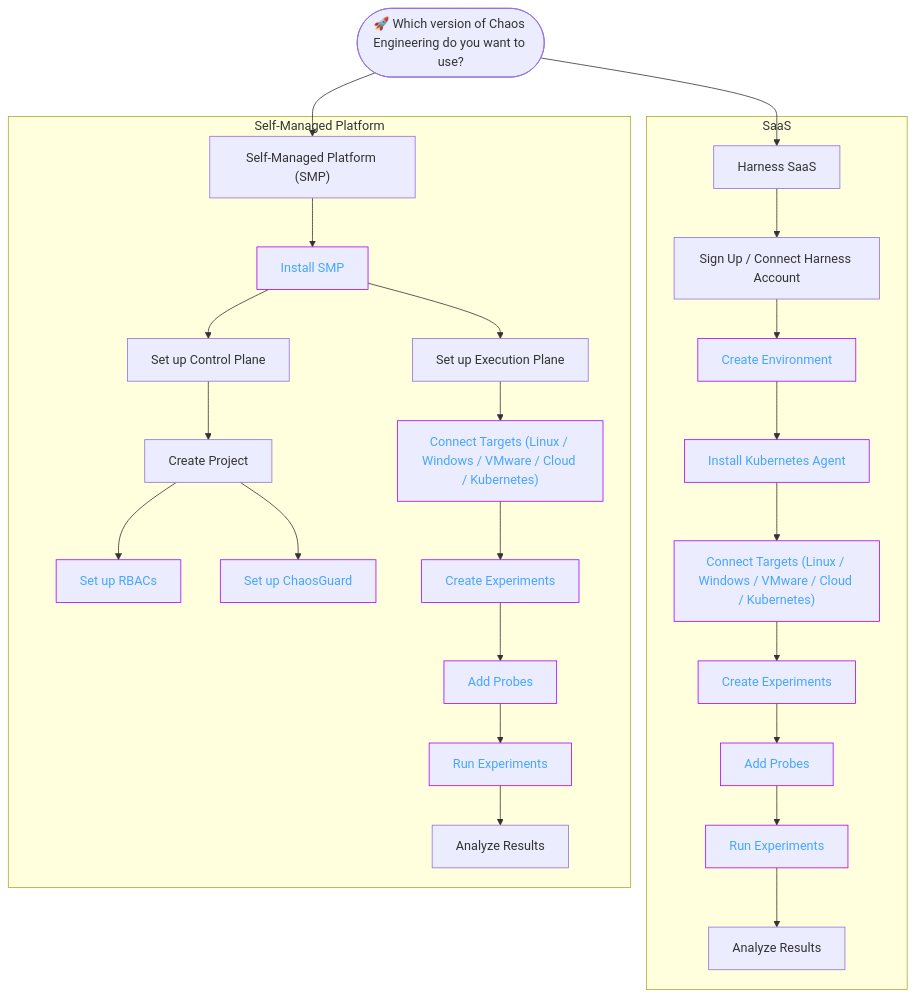
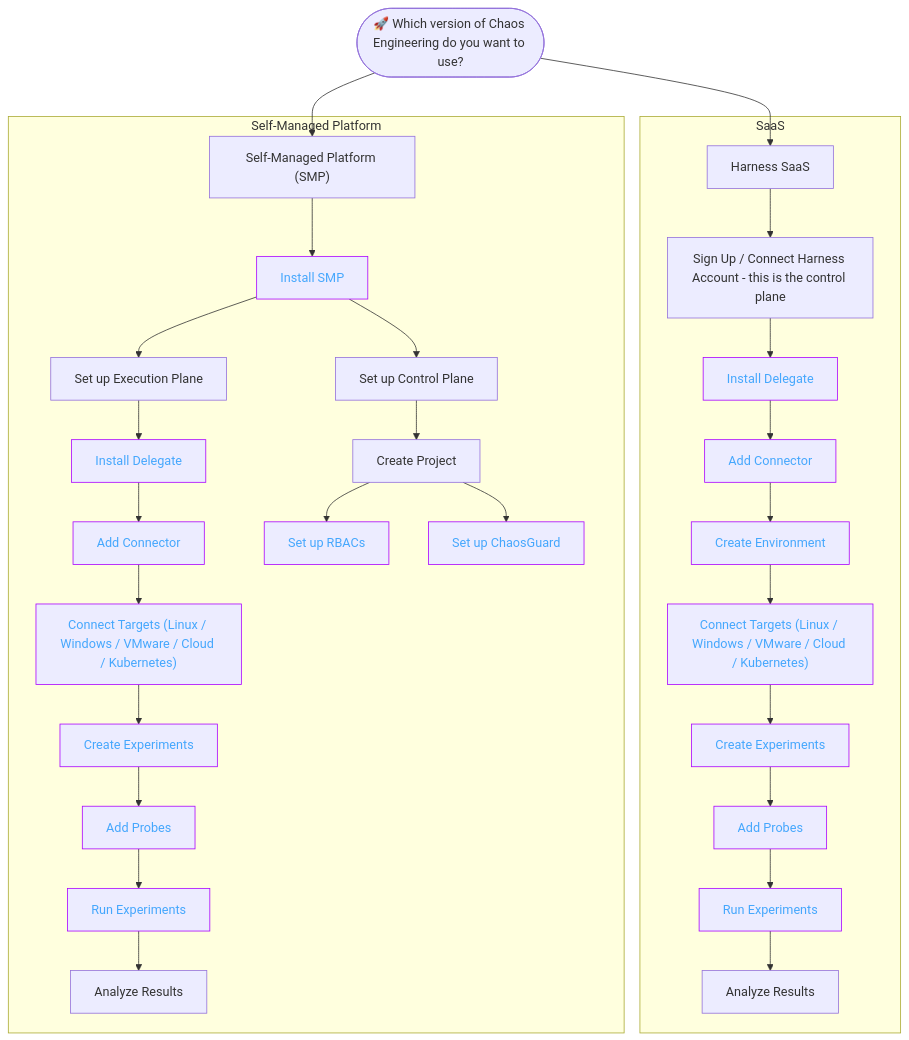
One commit to harness/developer-hub changed the second of 2 diagrams in docs/chaos-engineering/getting-started/user-persona.md. Above: the diagram before and after it, drawn with Mermaid. The commit also changed other lines of this file, not shown here.

````diff
--- a/docs/chaos-engineering/getting-started/user-persona.md
+++ b/docs/chaos-engineering/getting-started/user-persona.md
@@ -69,69 +73,78 @@
 ```mermaid
 flowchart TD
   %% Entry point
   START([🚀 Which version of Chaos Engineering do you want to use? ])
   START --> SaaS["Harness SaaS"]
   START --> SMP["Self-Managed Platform (SMP)"]
 
   %% -------------------------------
   %% SaaS Journey
   subgraph SaaS_Flow [SaaS]
-    SaaS --> SaaS_Onboard["Sign Up / Connect Harness Account"]
-    SaaS_Onboard["Sign Up / Connect Harness Account"] --> Env["Create Environment"]
-    Env["Create Environment"] --> SaaS_Install["Install Kubernetes Agent"]
-    SaaS_Install --> SaaS_Targets["Connect Targets (Linux / Windows / VMware / Cloud / Kubernetes)"]
+    SaaS --> SaaS_Onboard["Sign Up / Connect Harness Account - this is the control plane"]
+    SaaS_Onboard["Sign Up / Connect Harness Account - this is the control plane"] --> del["Install Delegate"]
+    del --> connector["Add Connector"]
+    connector --> Env["Create Environment"]
+    Env["Create Environment"] --> SaaS_Targets["Connect Targets (Linux / Windows / VMware / Cloud / Kubernetes)"]
     SaaS_Targets --> SaaS_Experiments["Create Experiments"]
     SaaS_Experiments --> SaaS_Probes["Add Probes"]
     SaaS_Probes --> SaaS_Run["Run Experiments"]
     SaaS_Run --> SaaS_Analyze["Analyze Results"]
   end
 
   %% -------------------------------
   %% SMP Journey
   subgraph SMP_Flow [Self-Managed Platform]
     SMP --> SMP_Install["Install SMP"]
     SMP_Install --> SMP_CP["Set up Control Plane"]
     SMP_Install --> SMP_EP["Set up Execution Plane"]
+    SMP_EP --> del_smp["Install Delegate"]
+    del_smp --> connector_smp["Add Connector"]
+    connector_smp --> SMP_Targets["Connect Targets (Linux / Windows / VMware / Cloud / Kubernetes)"]
     SMP_CP --> SMP_Project["Create Project"]
     SMP_Project --> SMP_RBAC["Set up RBACs"]
     SMP_Project --> SMP_Guard["Set up ChaosGuard"]
-    SMP_EP --> SMP_Targets["Connect Targets (Linux / Windows / VMware / Cloud / Kubernetes)"]
     SMP_Targets --> SMP_Experiments["Create Experiments"]
     SMP_Experiments --> SMP_Probes["Add Probes"]
     SMP_Probes --> SMP_Run["Run Experiments"]
     SMP_Run --> SMP_Analyze["Analyze Results"]
   end
 
   %% Styling
   classDef roleStyle fill:#f9f9f9,stroke:#999,color:#333,stroke-width:1px;
   class Dev,QA,SRE,Platform roleStyle;
 
   style SMP_Install color:#45A7FD, stroke:#AA00FF
   style SMP_Guard color:#45A7FD, stroke:#AA00FF
   style SMP_RBAC color:#45A7FD, stroke:#AA00FF
   style SMP_Experiments color:#45A7FD, stroke:#AA00FF
   style SMP_Run color:#45A7FD, stroke:#AA00FF
   style SMP_Probes color:#45A7FD, stroke:#AA00FF
   style Env color:#45A7FD, stroke:#AA00FF
-  style SaaS_Install color:#45A7FD, stroke:#AA00FF
   style SaaS_Experiments color:#45A7FD, stroke:#AA00FF
   style SaaS_Run color:#45A7FD, stroke:#AA00FF
   style SaaS_Probes color:#45A7FD, stroke:#AA00FF
   style SaaS_Targets color:#45A7FD, stroke:#AA00FF
   style SMP_Targets color:#45A7FD, stroke:#AA00FF
+  style del color:#45A7FD, stroke:#AA00FF
+  style connector color:#45A7FD, stroke:#AA00FF
+  style del_smp color:#45A7FD, stroke:#AA00FF
+  style connector_smp color:#45A7FD, stroke:#AA00FF
 
+  click del_smp "https://developer.harness.io/docs/platform/delegates/install-delegates/overview/"
+  click connector_smp "https://developer.harness.io/docs/category/cloud-providers"
+  click del "https://developer.harness.io/docs/platform/delegates/install-delegates/overview/"
+  click connector "https://developer.harness.io/docs/category/cloud-providers"
   click SMP_Install "https://developer.harness.io/docs/category/install"
   click SMP_Guard "https://developer.harness.io/docs/chaos-engineering/use-harness-ce/governance/governance-in-execution/govern-run"
   click SMP_RBAC "https://developer.harness.io/docs/chaos-engineering/use-harness-ce/governance/governance-in-execution/"
   click SMP_Experiments "https://developer.harness.io/docs/chaos-engineering/use-harness-ce/experiments/create-experiments"
   click SMP_Run "https://developer.harness.io/docs/chaos-engineering/use-harness-ce/experiments/run-schedule-exp"
   click SMP_Probes "https://developer.harness.io/docs/chaos-engineering/use-harness-ce/probes/use-probe"
   click Env "https://developer.harness.io/docs/chaos-engineering/use-harness-ce/experiments/create-experiments#create-environment"
-  click SaaS_Install "https://developer.harness.io/docs/chaos-engineering/use-harness-ce/infrastructures/types/ddcr/installation"
   click SaaS_Experiments "https://developer.harness.io/docs/chaos-engineering/use-harness-ce/experiments/create-experiments"
   click SaaS_Run "https://developer.harness.io/docs/chaos-engineering/use-harness-ce/experiments/run-schedule-exp"
   click SaaS_Probes "https://developer.harness.io/docs/chaos-engineering/use-harness-ce/probes/use-probe"
   click SaaS_Targets "https://developer.harness.io/docs/chaos-engineering/use-harness-ce/chaos-faults/"
   click SMP_Targets "https://developer.harness.io/docs/chaos-engineering/use-harness-ce/chaos-faults/"
 
 ```
````
